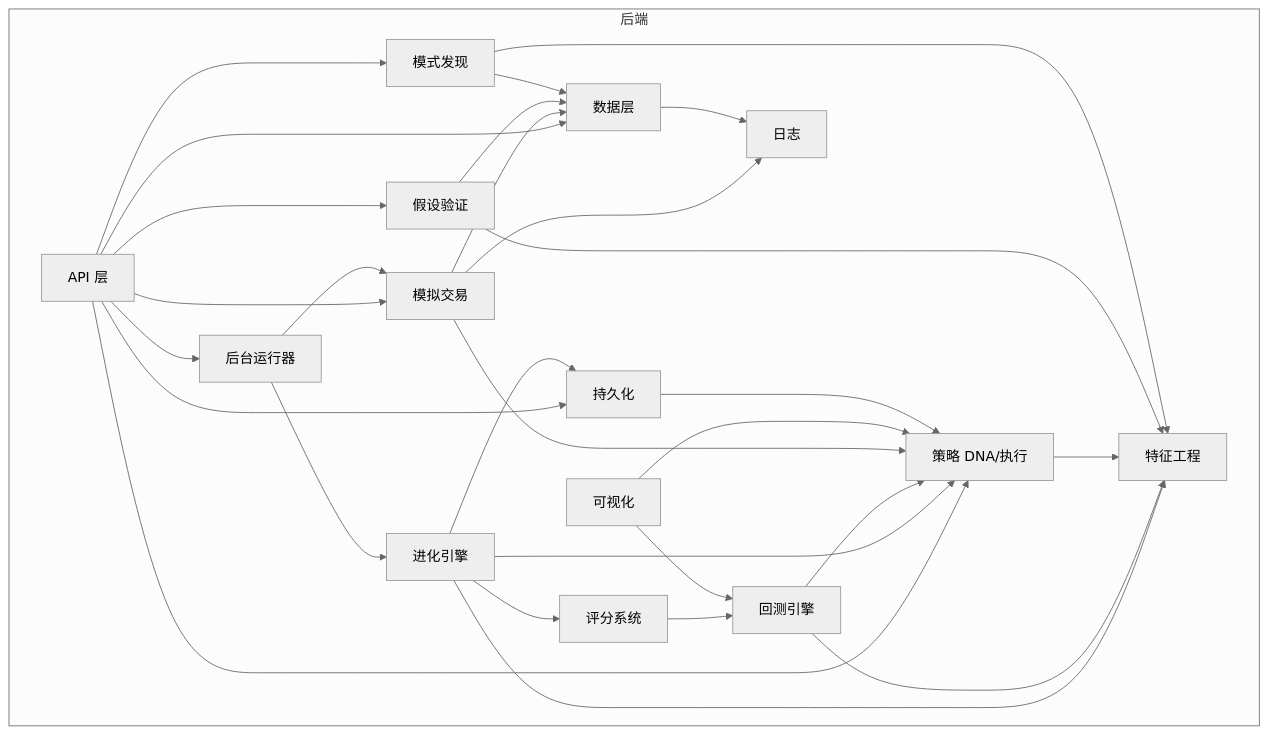
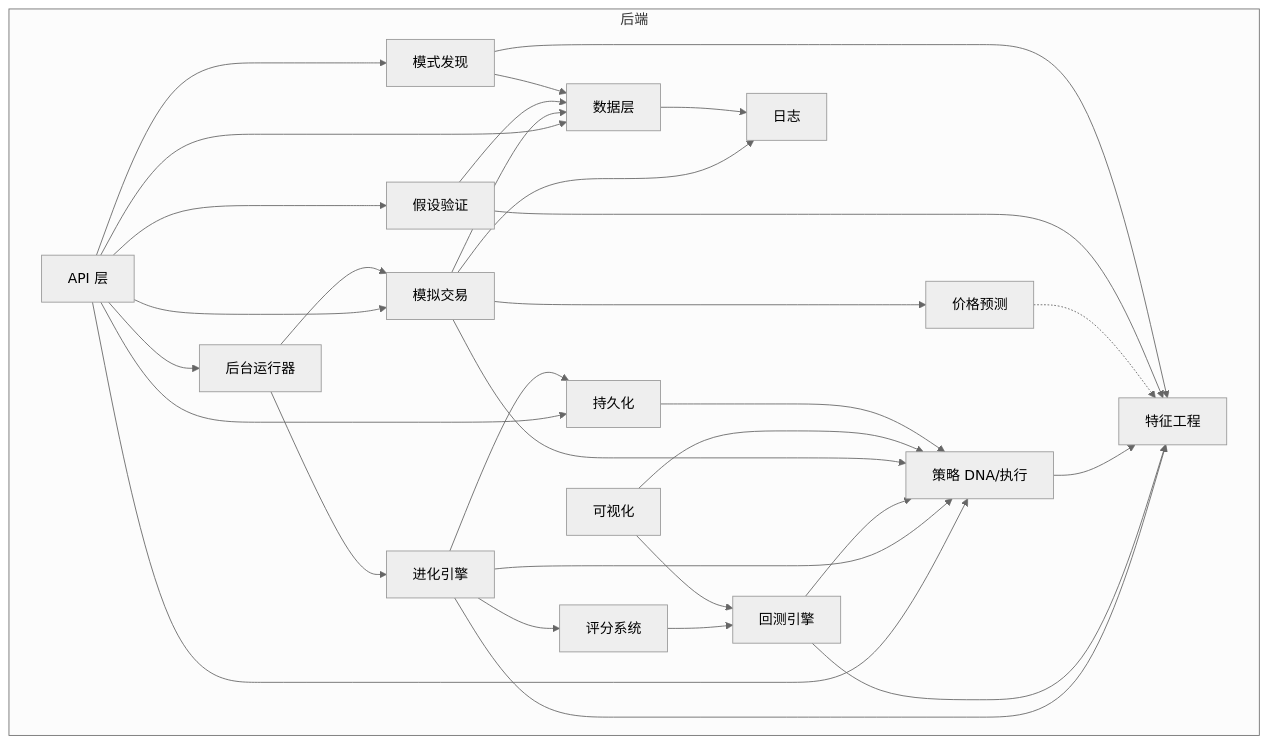
One commit to shishan444/MyQuant- changed the first of 2 diagrams in docs/MAP.md. Above: the diagram before and after it, drawn with Mermaid (neutral theme). The commit also changed other lines of this file and 42 other files, not shown here.

````diff
--- a/docs/MAP.md
+++ b/docs/MAP.md
@@ -59,58 +60,62 @@
 ```mermaid
 graph TD
     subgraph 后端
         api[API 层]
         runner[后台运行器]
         evo[进化引擎]
         strat[策略 DNA/执行]
         bt[回测引擎]
         feat[特征工程]
         score[评分系统]
         data[数据层]
         disc[模式发现]
         val[假设验证]
+        pred[价格预测]
         trade[模拟交易]
         persist[持久化]
         vis[可视化]
         logg[日志]
     end
 
     api --> runner
     api --> strat
     api --> val
     api --> disc
     api --> trade
     api --> data
     api --> persist
 
     runner --> evo
     runner --> trade
 
     evo --> strat
     evo --> feat
     evo --> score
     evo --> persist
 
     bt --> strat
     bt --> feat
 
     strat --> feat
 
     score --> bt
 
     trade --> strat
+    trade --> pred
     trade --> data
     trade --> logg
+
+    pred -.-> feat
 
     val --> feat
     val --> data
 
     disc --> feat
     disc --> data
 
     vis --> bt
     vis --> strat
 
     data --> logg
     persist --> strat
 ```
````
